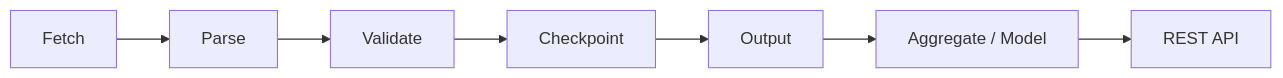
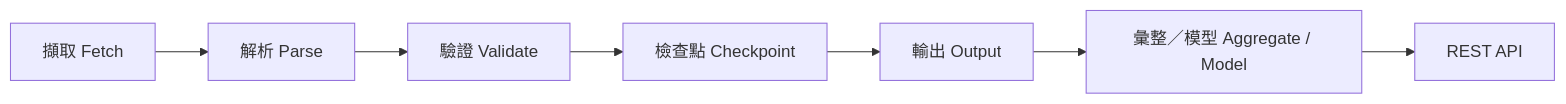
One commit to aresisgood/PTCG_Pocket_DataBrowser changed the second of 2 diagrams in README.md. Above: the diagram before and after it, drawn with Mermaid. The commit also changed other lines of this file, not shown here.

````diff
--- a/README.md
+++ b/README.md
@@ -29,9 +29,9 @@
 ```mermaid
 flowchart LR
-    F["Fetch"] --> P["Parse"]
-    P --> V["Validate"]
-    V --> C["Checkpoint"]
-    C --> O["Output"]
-    O --> M["Aggregate / Model"]
+    F["擷取 Fetch"] --> P["解析 Parse"]
+    P --> V["驗證 Validate"]
+    V --> C["檢查點 Checkpoint"]
+    C --> O["輸出 Output"]
+    O --> M["彙整／模型 Aggregate / Model"]
     M --> API["REST API"]
 ```
````
